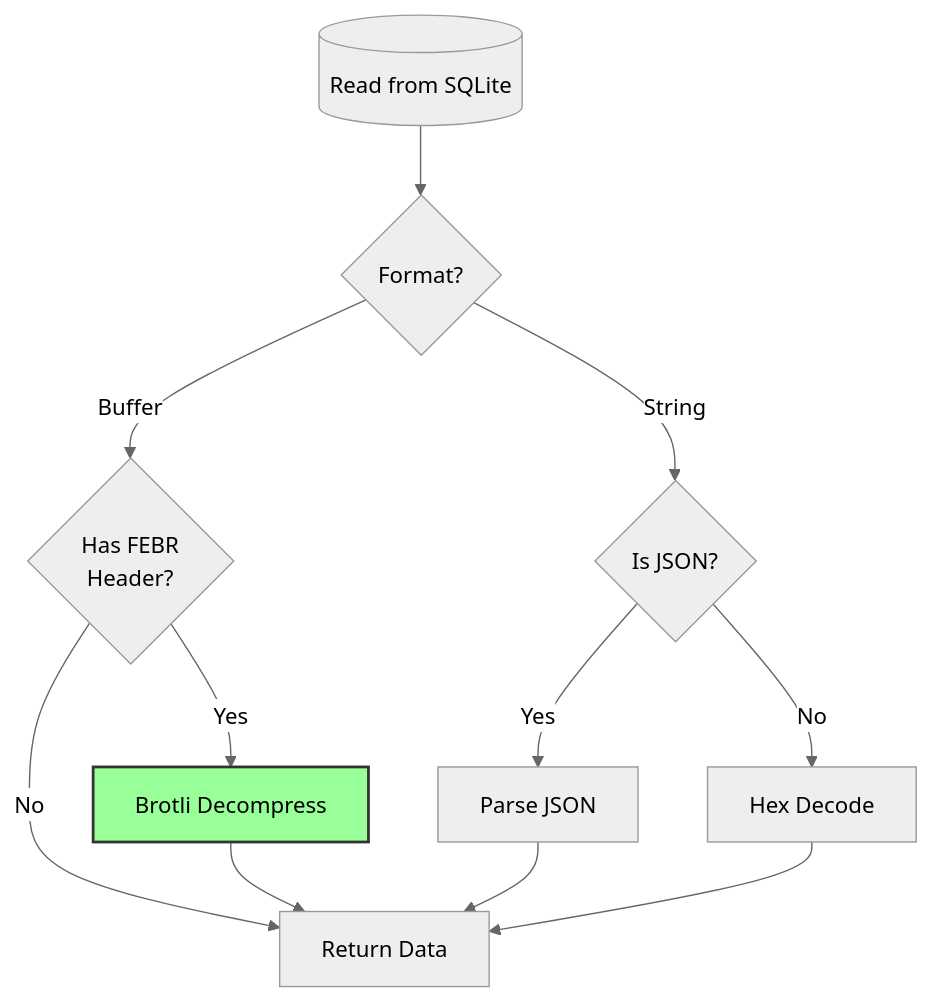
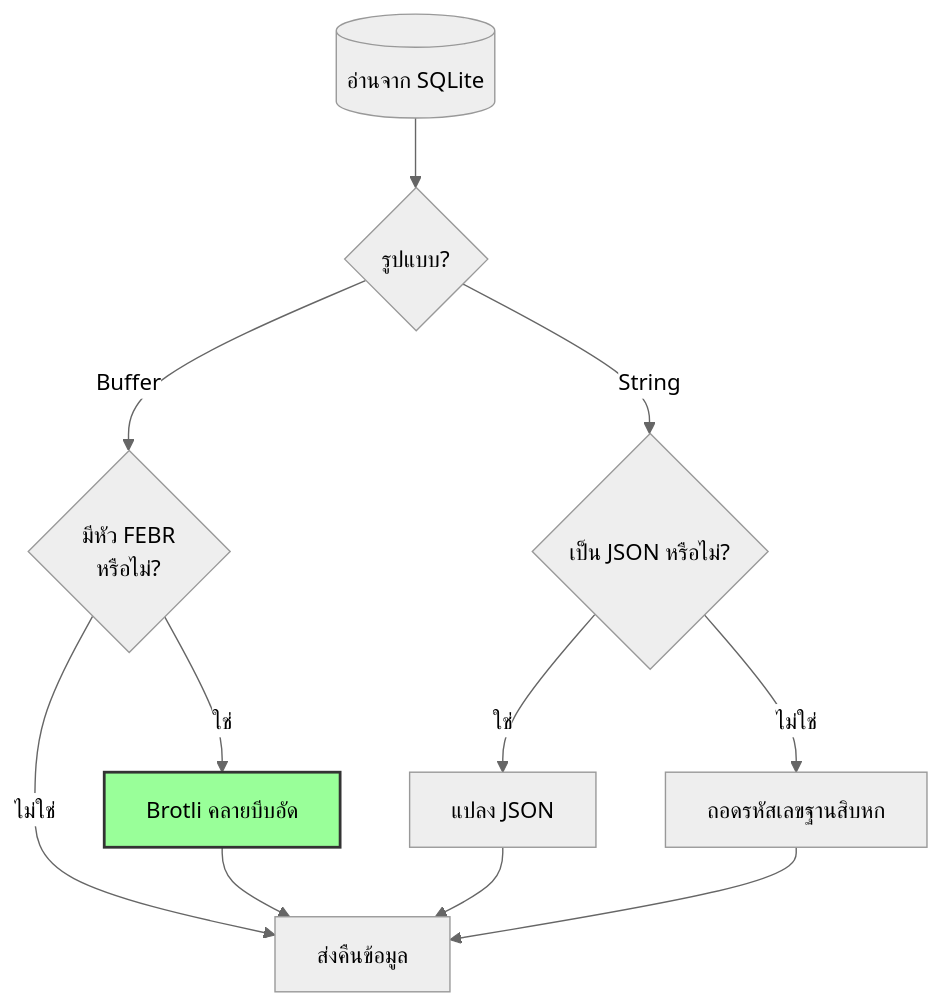
Before and after one commit to forwardemail/forwardemail.net: diagram 14 of 16 in app/views/docs/email-protocols-rfc-compliance-imap-smtp-pop3-comparison/index-th.md, drawn with Mermaid (neutral theme). The commit also changed other lines of this file and 1055 other files, not shown here.

````diff
--- a/app/views/docs/email-protocols-rfc-compliance-imap-smtp-pop3-comparison/index-th.md
+++ b/app/views/docs/email-protocols-rfc-compliance-imap-smtp-pop3-comparison/index-th.md
@@ -1554,23 +1548,23 @@
 ```mermaid
 flowchart TB
-    Read[(Read from SQLite)]
-    CheckFormat{Format?}
-    HasMagic{Has FEBR<br/>Header?}
-    Decompress[Brotli Decompress]
-    ParseJSON[Parse JSON]
-    HexDecode[Hex Decode]
-    Return[Return Data]
+    Read[(อ่านจาก SQLite)]
+    CheckFormat{รูปแบบ?}
+    HasMagic{มีหัว FEBR<br/>หรือไม่?}
+    Decompress[Brotli คลายบีบอัด]
+    ParseJSON[แปลง JSON]
+    HexDecode[ถอดรหัสเลขฐานสิบหก]
+    Return[ส่งคืนข้อมูล]
 
     Read --> CheckFormat
     CheckFormat -->|Buffer| HasMagic
-    CheckFormat -->|String| IsJSON{Is JSON?}
-    HasMagic -->|Yes| Decompress
-    HasMagic -->|No| Return
+    CheckFormat -->|String| IsJSON{เป็น JSON หรือไม่?}
+    HasMagic -->|ใช่| Decompress
+    HasMagic -->|ไม่ใช่| Return
     Decompress --> Return
-    IsJSON -->|Yes| ParseJSON
-    IsJSON -->|No| HexDecode
+    IsJSON -->|ใช่| ParseJSON
+    IsJSON -->|ไม่ใช่| HexDecode
     ParseJSON --> Return
     HexDecode --> Return
 
     style Decompress fill:#9f9,stroke:#333,stroke-width:2px
 ```
````
